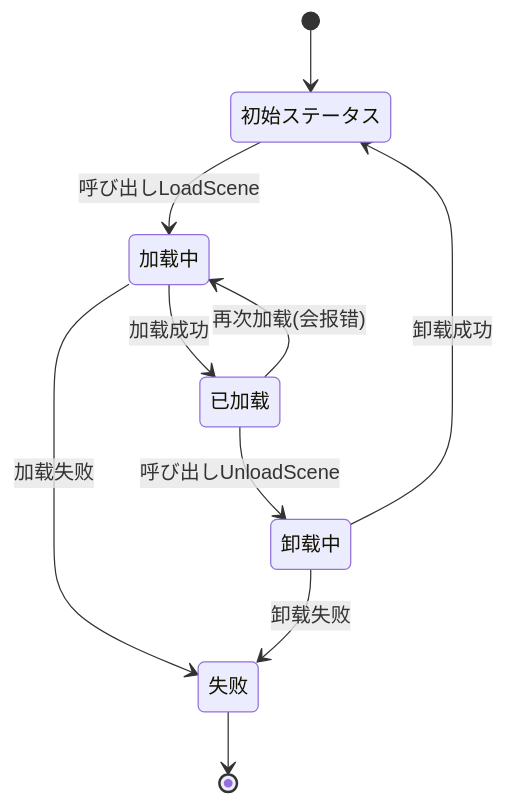
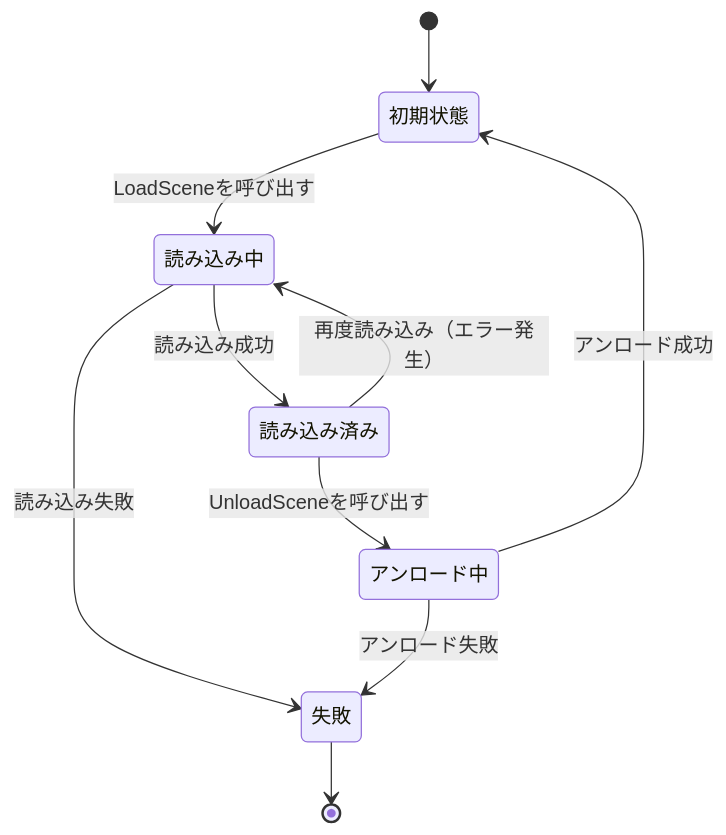
Before and after one commit to AlianBlank/GameFrameX.Docs: the second of 3 diagrams in docs/ja/client/unity/component/scene/01.overview.md, drawn with Mermaid. The commit also changed other lines of this file and 320 other files, not shown here.

````diff
--- a/docs/ja/client/unity/component/scene/01.overview.md
+++ b/docs/ja/client/unity/component/scene/01.overview.md
@@ -97,16 +97,16 @@
 ```mermaid
 stateDiagram-v2
-    [*] --> 初始ステータス
+    [*] --> 初期状態
     
-    初始ステータス --> 加载中: 呼び出しLoadScene
-    加载中 --> 已加载: 加载成功
-    加载中 --> 失败: 加载失败
+    初期状態 --> 読み込み中: LoadSceneを呼び出す
+    読み込み中 --> 読み込み済み: 読み込み成功
+    読み込み中 --> 失敗: 読み込み失敗
     
-    已加载 --> 卸载中: 呼び出しUnloadScene
-    卸载中 --> 初始ステータス: 卸载成功
-    卸载中 --> 失败: 卸载失败
+    読み込み済み --> アンロード中: UnloadSceneを呼び出す
+    アンロード中 --> 初期状態: アンロード成功
+    アンロード中 --> 失敗: アンロード失敗
     
-    已加载 --> 加载中: 再次加载(会报错)
+    読み込み済み --> 読み込み中: 再度読み込み（エラー発生）
     
-    失败 --> [*]
+    失敗 --> [*]
 ```
````
